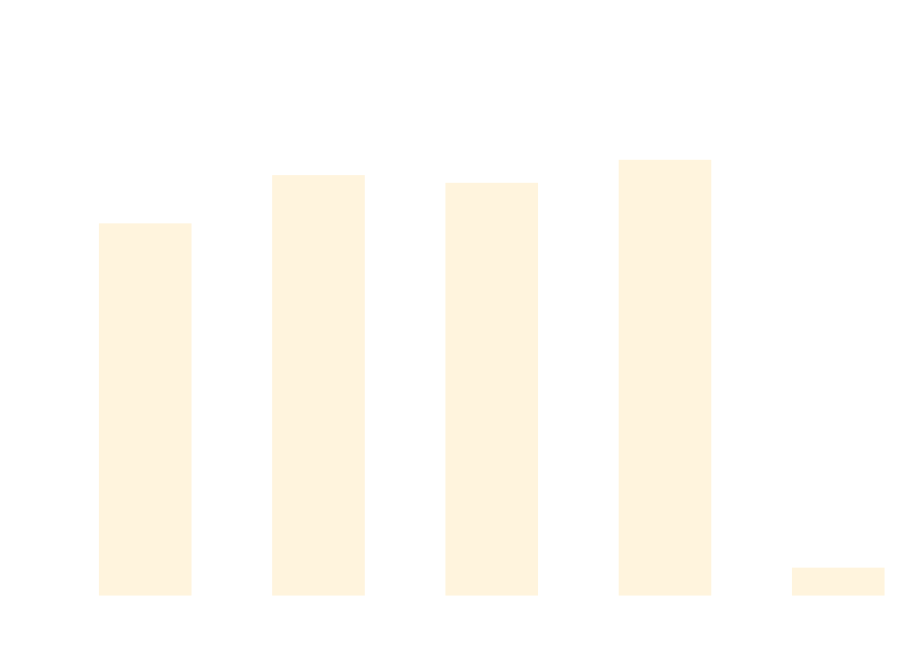
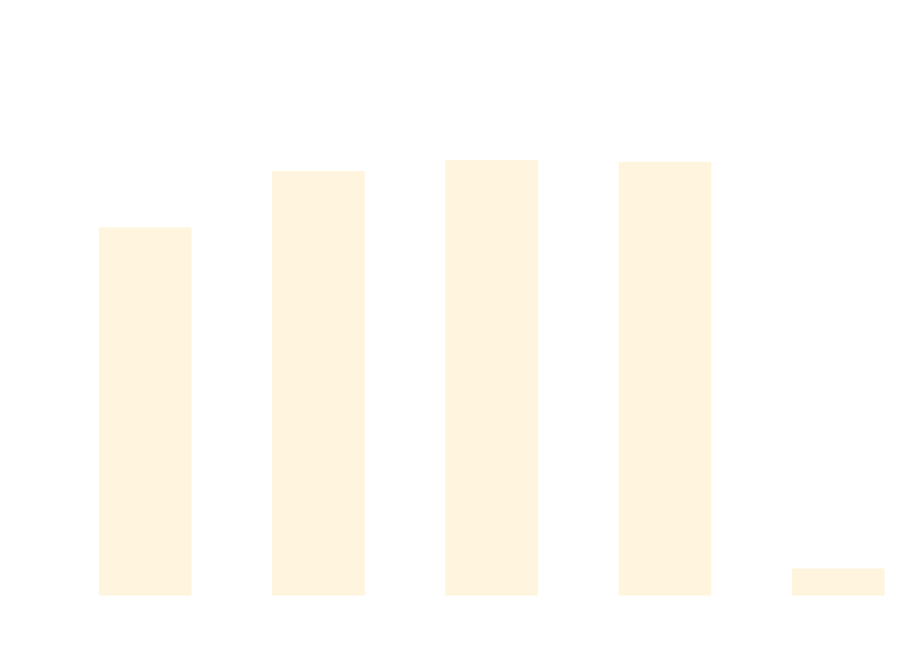
One commit to thomhurst/TUnit changed the diagram in docs/docs/benchmarks/DataDrivenTests.md. Above: the diagram before and after it, drawn with Mermaid. The commit also changed other lines of this file and 17 other files, not shown here.

````diff
--- a/docs/docs/benchmarks/DataDrivenTests.md
+++ b/docs/docs/benchmarks/DataDrivenTests.md
@@ -27,37 +27,37 @@
 ```mermaid
 %%{init: {
   'theme':'base',
   'themeVariables': {
     'primaryColor': '#2563eb',
     'primaryTextColor': '#ffffff',
     'primaryBorderColor': '#1e40af',
     'lineColor': '#6b7280',
     'secondaryColor': '#7c3aed',
     'tertiaryColor': '#dc2626',
     'background': '#ffffff',
     'mainBkg': '#2563eb',
     'secondBkg': '#7c3aed',
     'tertiaryBkg': '#dc2626',
     'clusterBkg': '#f3f4f6',
     'edgeLabelBackground': '#ffffff',
     'tertiaryTextColor': '#1f2937',
     'pie1': '#2563eb',
     'pie2': '#7c3aed',
     'pie3': '#dc2626',
     'pie4': '#f59e0b',
     'pie5': '#10b981',
     'pie6': '#06b6d4',
     'pie7': '#ec4899',
     'pie8': '#6366f1',
     'pie9': '#84cc16',
     'pie10': '#f97316',
     'pie11': '#14b8a6',
     'pie12': '#a855f7'
   }
 }}%%
 xychart-beta
   title "DataDrivenTests Performance Comparison"
   x-axis ["TUnit", "NUnit", "MSTest", "xUnit3", "TUnit_AOT"]
-  y-axis "Time (ms)" 0 --> 710
-  bar [503.26, 570.23, 559.61, 591.56, 25.16]
+  y-axis "Time (ms)" 0 --> 721
+  bar [505.32, 584.91, 600.21, 597.87, 24.44]
 ```
````
